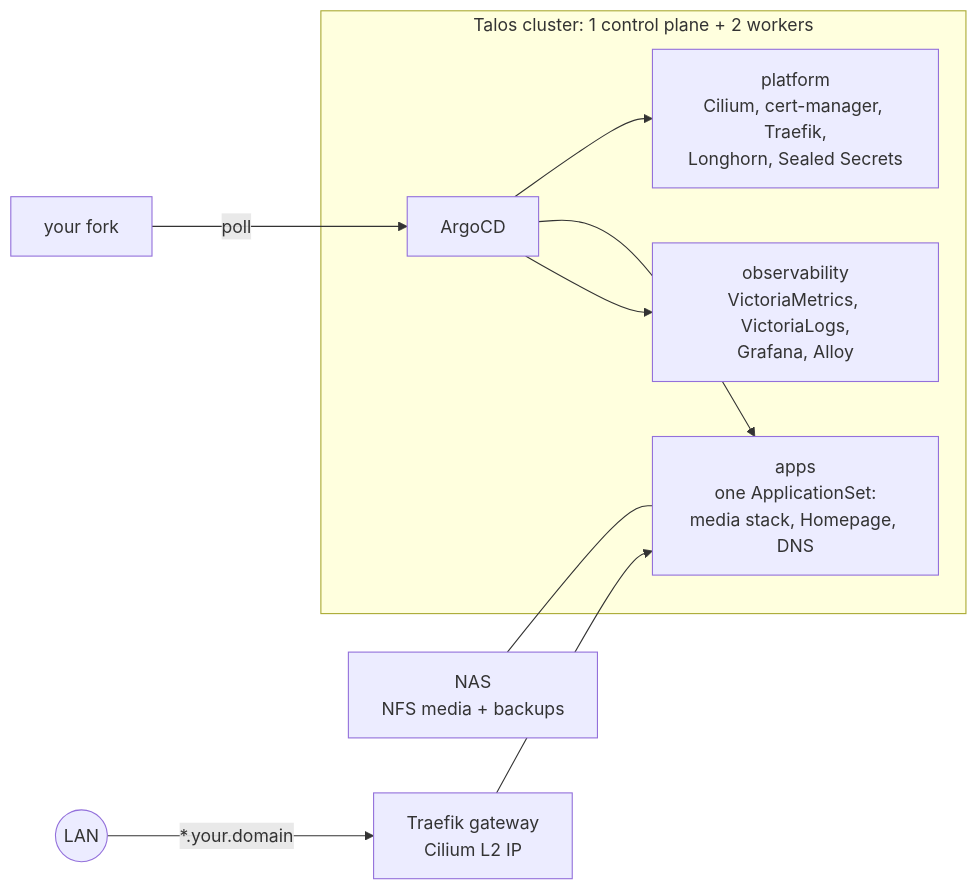
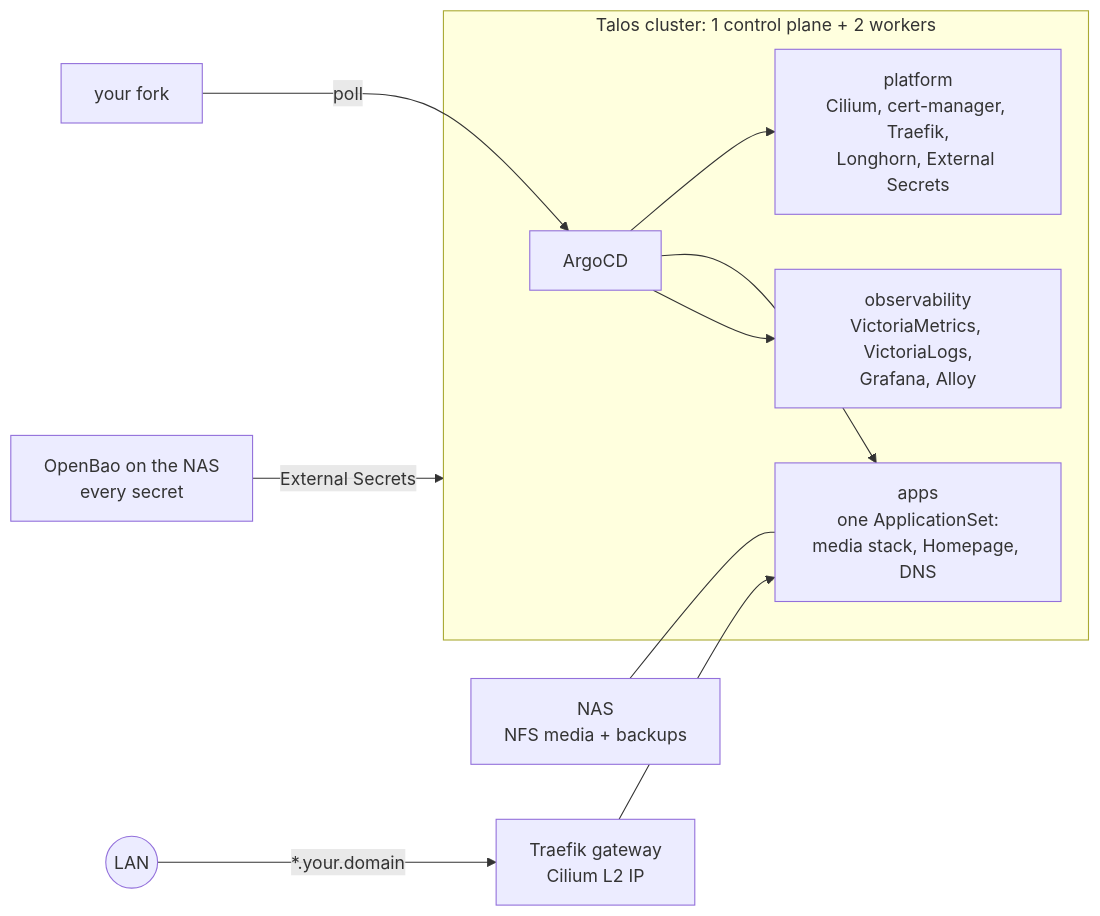
The diagram in README.md (obleey/talos-homelab), drawn with Mermaid before and after one commit. The commit also changed other lines of this file, not shown here.

Commit message:
README: secrets come from OpenBao via External Secrets, not Sealed Secrets

````diff
--- a/README.md
+++ b/README.md
@@ -7,11 +7,12 @@
 ```mermaid
 graph LR
     Git[your fork] -->|poll| ArgoCD
     subgraph cluster [Talos cluster: 1 control plane + 2 workers]
-        ArgoCD --> Platform[platform<br/>Cilium, cert-manager, Traefik,<br/>Longhorn, Sealed Secrets]
+        ArgoCD --> Platform[platform<br/>Cilium, cert-manager, Traefik,<br/>Longhorn, External Secrets]
         ArgoCD --> Apps[apps<br/>one ApplicationSet:<br/>media stack, Homepage, DNS]
         ArgoCD --> Obs[observability<br/>VictoriaMetrics, VictoriaLogs,<br/>Grafana, Alloy]
     end
     NAS[NAS<br/>NFS media + backups] --- Apps
+    Bao[OpenBao on the NAS<br/>every secret] -->|External Secrets| cluster
     Users((LAN)) -->|*.your.domain| Traefik[Traefik gateway<br/>Cilium L2 IP] --> Apps
 ```
````
